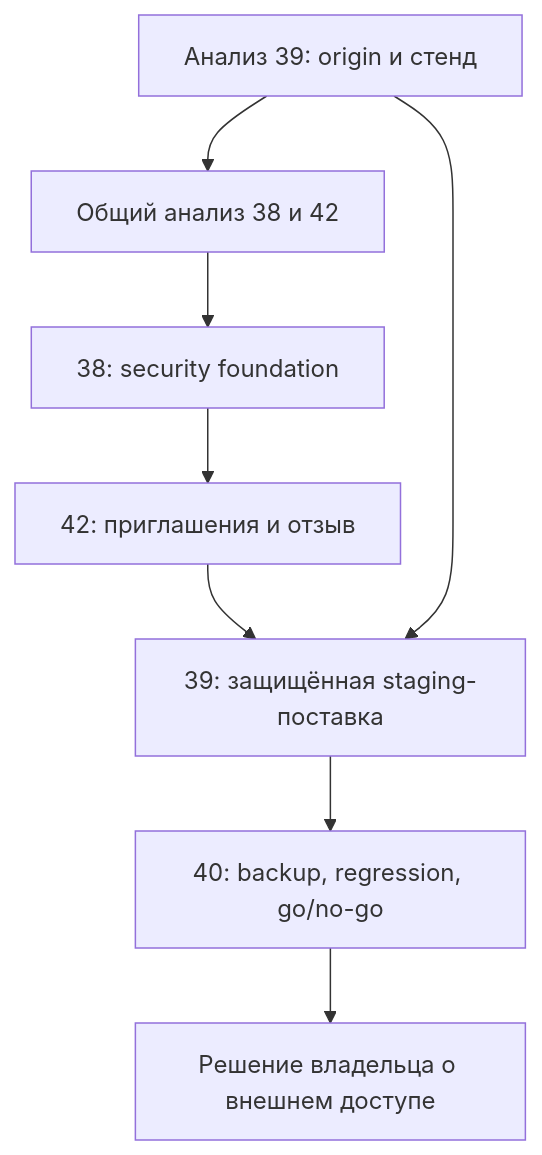
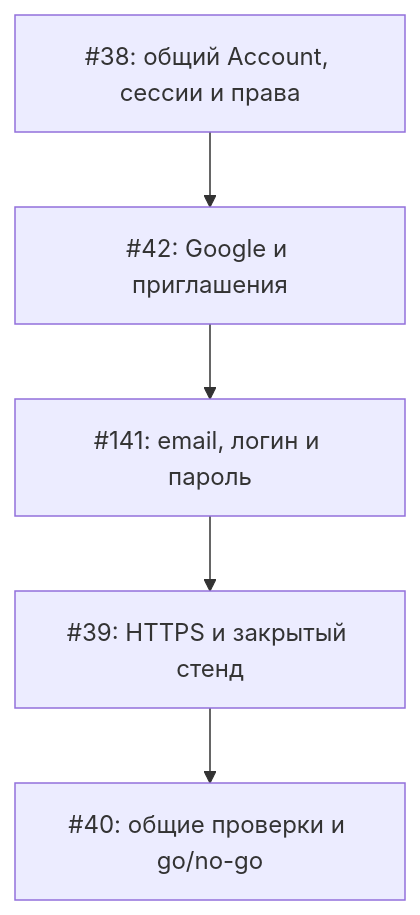
Before and after one commit to roafo1989/guitar-mentor-ai: the diagram in docs/diagrams/us-007-delivery-order.mmd, drawn with Mermaid. The commit also changed 7 other files, not shown here.

Commit message:
docs: add email/login password authentication scope #141 alongside Google

```diff
--- a/docs/diagrams/us-007-delivery-order.mmd
+++ b/docs/diagrams/us-007-delivery-order.mmd
@@ -1,8 +1,5 @@
 flowchart TD
-    A["Общий анализ 38 и 42"] --> B["38: security foundation"]
-    C["Анализ 39: origin и стенд"] --> A
-    B --> D["42: приглашения и отзыв"]
-    D --> E["39: защищённая staging-поставка"]
-    C --> E
-    E --> F["40: backup, regression, go/no-go"]
-    F --> G["Решение владельца о внешнем доступе"]
+    security["#38: общий Account, сессии и права"] --> invitation["#42: Google и приглашения"]
+    invitation --> password["#141: email, логин и пароль"]
+    password --> staging["#39: HTTPS и закрытый стенд"]
+    staging --> release["#40: общие проверки и go/no-go"]
```
